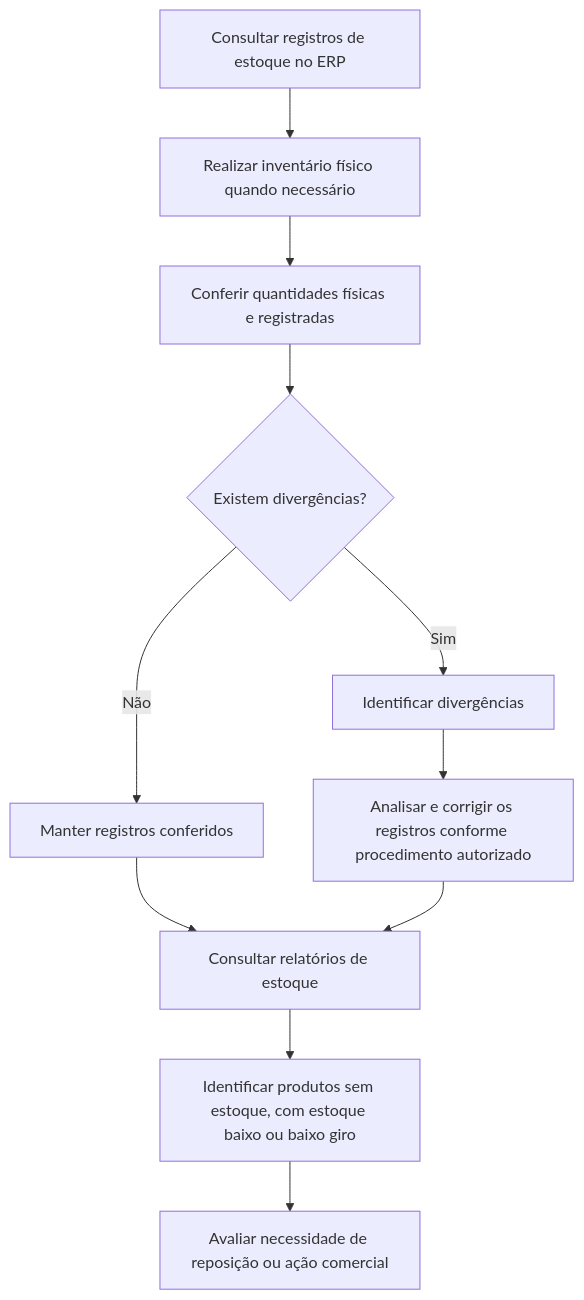
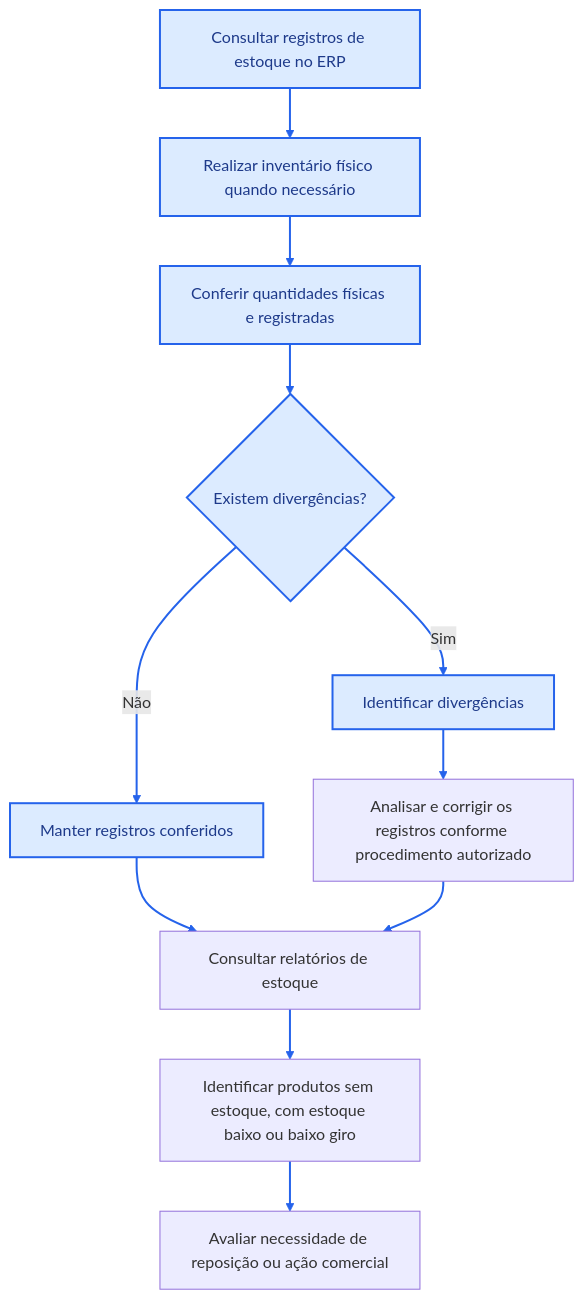
Before and after one commit to SamanthaPaula/Modelagem_BD_Ansarah: the second of 16 diagrams in README.md, drawn with Mermaid. The commit also changed other lines of this file, not shown here.

````diff
--- a/README.md
+++ b/README.md
@@ -117,13 +121,18 @@
 ```mermaid
 flowchart TD
     A["Consultar registros de estoque no ERP"] --> B["Realizar inventário físico quando necessário"]
     B --> C["Conferir quantidades físicas e registradas"]
     C --> D{"Existem divergências?"}
     D -- "Não" --> E["Manter registros conferidos"]
     D -- "Sim" --> F["Identificar divergências"]
     F --> G["Analisar e corrigir os registros conforme procedimento autorizado"]
     E --> H["Consultar relatórios de estoque"]
     G --> H
     H --> I["Identificar produtos sem estoque, com estoque baixo ou baixo giro"]
     I --> J["Avaliar necessidade de reposição ou ação comercial"]
+
+
+    classDef azul fill:#DCEBFF,stroke:#2563EB,color:#1E3A8A,stroke-width:2px
+    class A,B,C,D,E,F azul
+    linkStyle default stroke:#2563EB,stroke-width:2px
 ```
````
